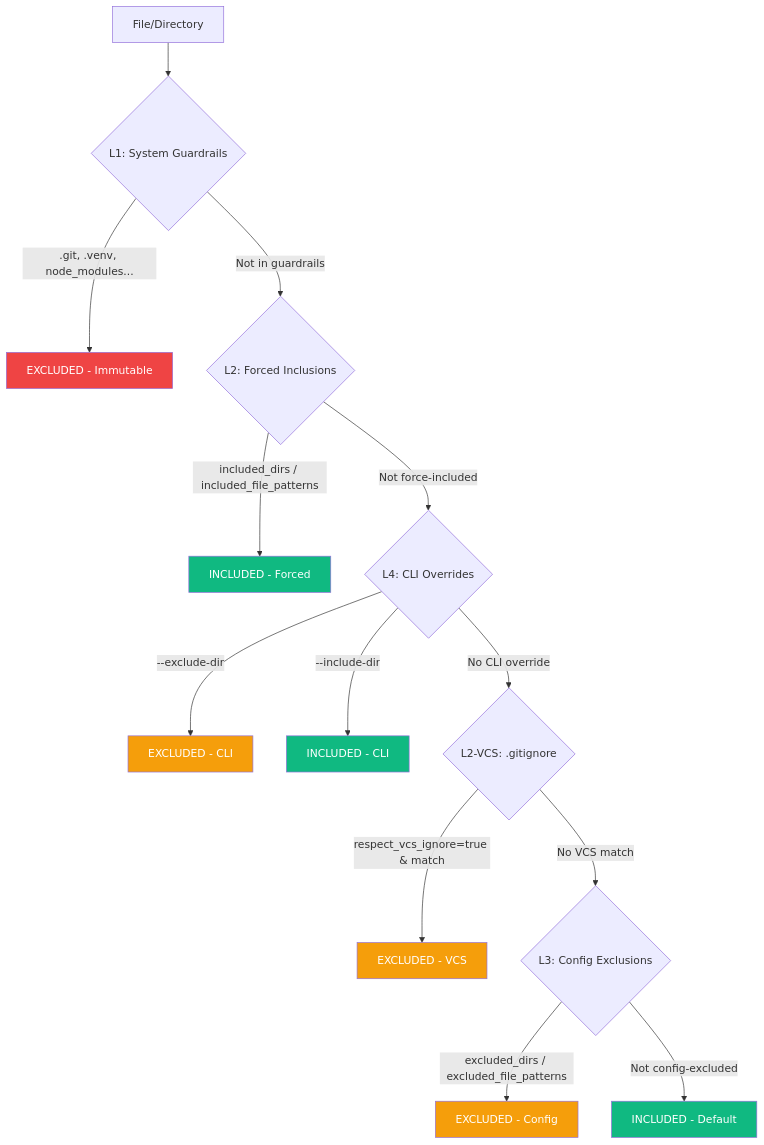
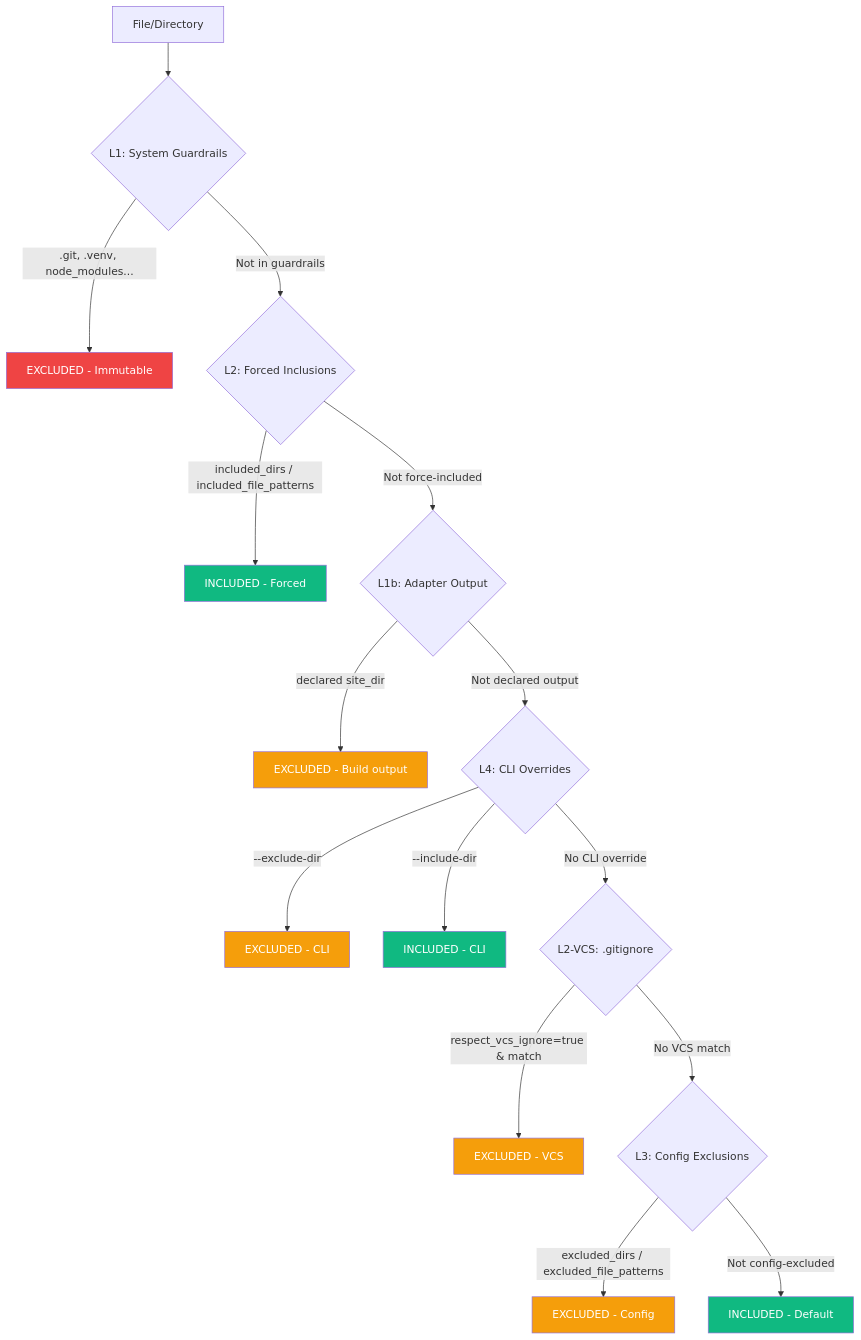
One commit to PythonWoods-Dev/zenzic changed the diagram in docs/explanation/discovery.md. Above: the diagram before and after it, drawn with Mermaid. The commit also changed other lines of this file and 17 other files, not shown here.

````diff
--- a/docs/explanation/discovery.md
+++ b/docs/explanation/discovery.md
@@ -223,23 +223,26 @@
 ```mermaid
 flowchart TD
     FILE[File/Directory] --> L1{L1: System Guardrails}
     L1 -->|".git, .venv, node_modules..."| EXCLUDED_L1[EXCLUDED - Immutable]
     L1 -->|Not in guardrails| L2{L2: Forced Inclusions}
     L2 -->|"included_dirs / included_file_patterns"| INCLUDED_L2[INCLUDED - Forced]
-    L2 -->|Not force-included| L4{L4: CLI Overrides}
+    L2 -->|Not force-included| L1B{L1b: Adapter Output}
+    L1B -->|"declared site_dir"| EXCLUDED_L1B[EXCLUDED - Build output]
+    L1B -->|Not declared output| L4{L4: CLI Overrides}
     L4 -->|"--exclude-dir"| EXCLUDED_L4[EXCLUDED - CLI]
     L4 -->|"--include-dir"| INCLUDED_L4[INCLUDED - CLI]
     L4 -->|No CLI override| L2VCS{L2-VCS: .gitignore}
     L2VCS -->|"respect_vcs_ignore=true & match"| EXCLUDED_VCS[EXCLUDED - VCS]
     L2VCS -->|No VCS match| L3{L3: Config Exclusions}
     L3 -->|"excluded_dirs / excluded_file_patterns"| EXCLUDED_L3[EXCLUDED - Config]
     L3 -->|Not config-excluded| INCLUDED[INCLUDED - Default]
 
     style EXCLUDED_L1 fill:#ef4444,color:#fff
     style EXCLUDED_VCS fill:#f59e0b,color:#fff
     style EXCLUDED_L3 fill:#f59e0b,color:#fff
     style EXCLUDED_L4 fill:#f59e0b,color:#fff
+    style EXCLUDED_L1B fill:#f59e0b,color:#fff
     style INCLUDED_L2 fill:#10b981,color:#fff
     style INCLUDED_L4 fill:#10b981,color:#fff
     style INCLUDED fill:#10b981,color:#fff
 ```
````
